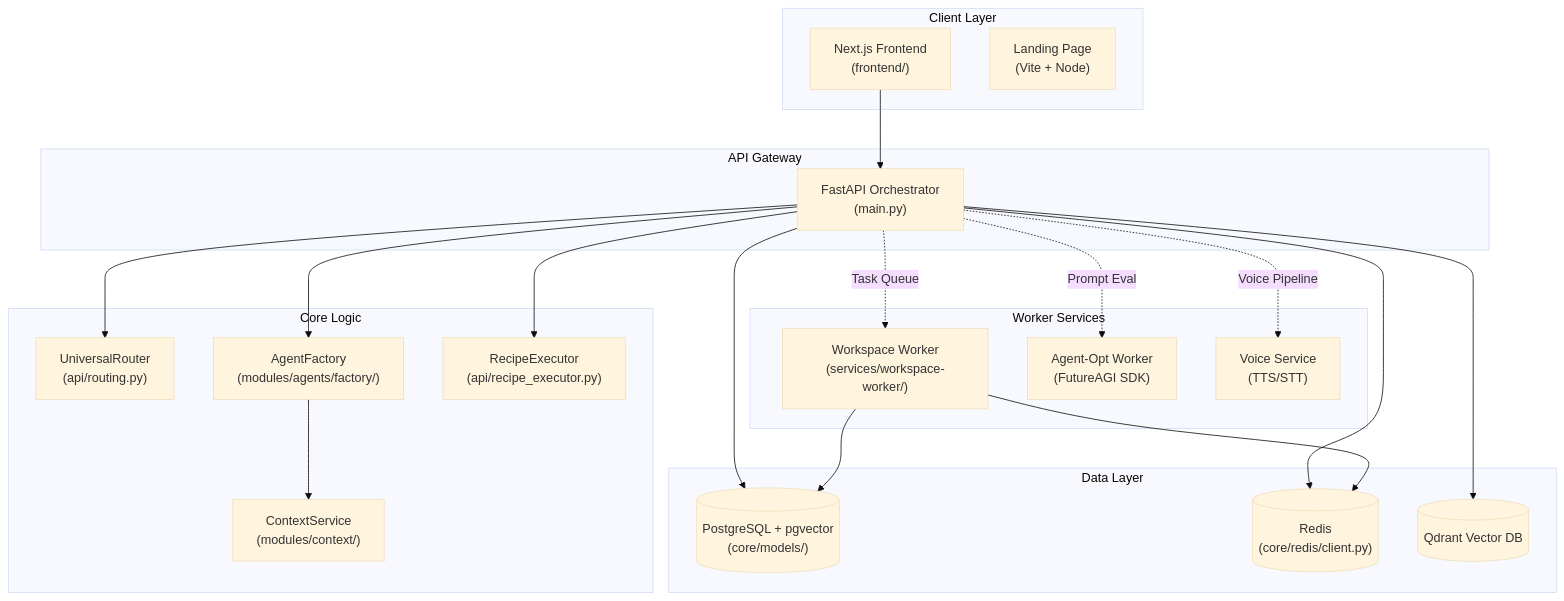
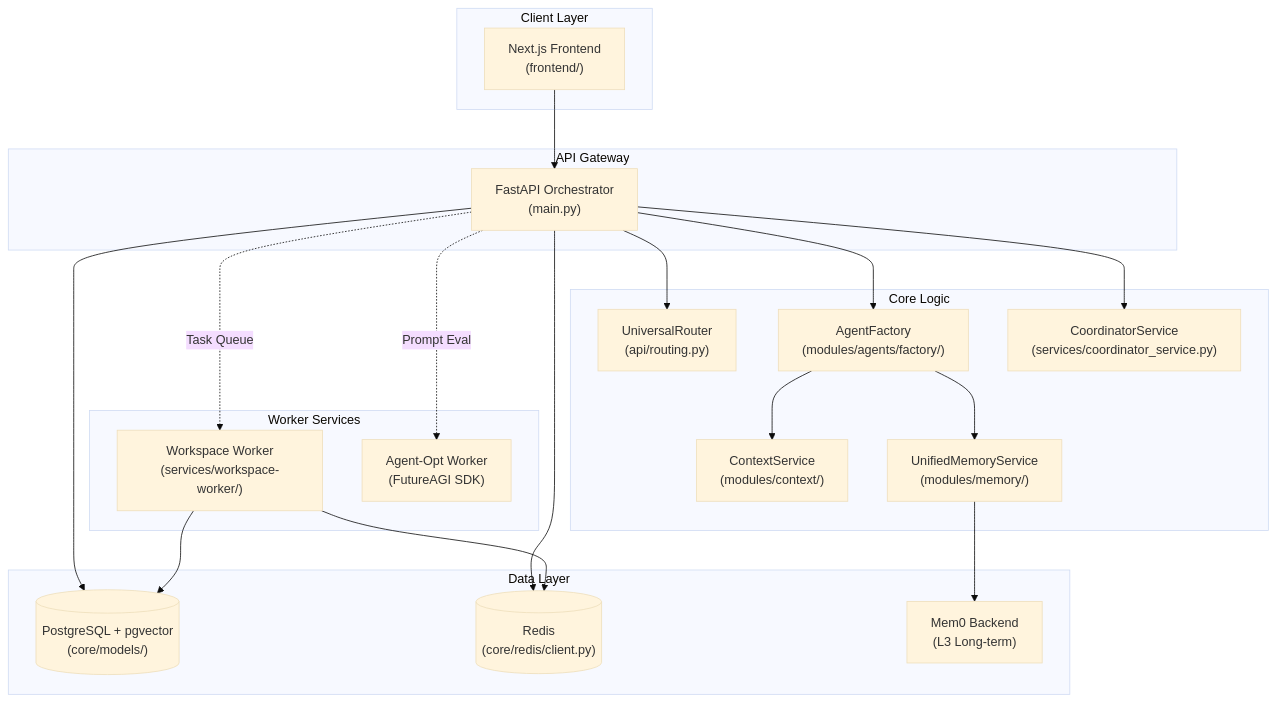
Before and after one commit to AutomatosAI/automatos-ai: the first of 2 diagrams in docs/overview/system-architecture.md, drawn with Mermaid (base theme). The commit also changed other lines of this file and 153 other files, not shown here.

````diff
--- a/docs/overview/system-architecture.md
+++ b/docs/overview/system-architecture.md
@@ -54,47 +49,46 @@
 ```mermaid
 graph TB
     subgraph "Client Layer"
         Browser["Next.js Frontend<br/>(frontend/)"]
-        Landing["Landing Page<br/>(Vite + Node)"]
     end
     
     subgraph "API Gateway"
         FastAPI["FastAPI Orchestrator<br/>(main.py)"]
     end
     
     subgraph "Core Logic"
         Router["UniversalRouter<br/>(api/routing.py)"]
         AgentFactory["AgentFactory<br/>(modules/agents/factory/)"]
-        RecipeExec["RecipeExecutor<br/>(api/recipe_executor.py)"]
+        Coordinator["CoordinatorService<br/>(services/coordinator_service.py)"]
         ContextSvc["ContextService<br/>(modules/context/)"]
+        MemorySvc["UnifiedMemoryService<br/>(modules/memory/)"]
     end
     
     subgraph "Data Layer"
         Postgres[("PostgreSQL + pgvector<br/>(core/models/)")]
         Redis[("Redis<br/>(core/redis/client.py)")]
-        Qdrant[("Qdrant Vector DB")]
+        Mem0["Mem0 Backend<br/>(L3 Long-term)"]
     end
     
     subgraph "Worker Services"
         WorkspaceWorker["Workspace Worker<br/>(services/workspace-worker/)"]
         AgentOpt["Agent-Opt Worker<br/>(FutureAGI SDK)"]
-        VoiceSvc["Voice Service<br/>(TTS/STT)"]
     end
     
     Browser --> FastAPI
     FastAPI --> Router
-    FastAPI --> RecipeExec
+    FastAPI --> Coordinator
     FastAPI --> AgentFactory
     AgentFactory --> ContextSvc
+    AgentFactory --> MemorySvc
     
     FastAPI --> Postgres
     FastAPI --> Redis
-    FastAPI --> Qdrant
+    MemorySvc --> Mem0
     
     FastAPI -.->|"Task Queue"| WorkspaceWorker
     FastAPI -.->|"Prompt Eval"| AgentOpt
-    FastAPI -.->|"Voice Pipeline"| VoiceSvc
     
     WorkspaceWorker --> Postgres
     WorkspaceWorker --> Redis
 ```
````
